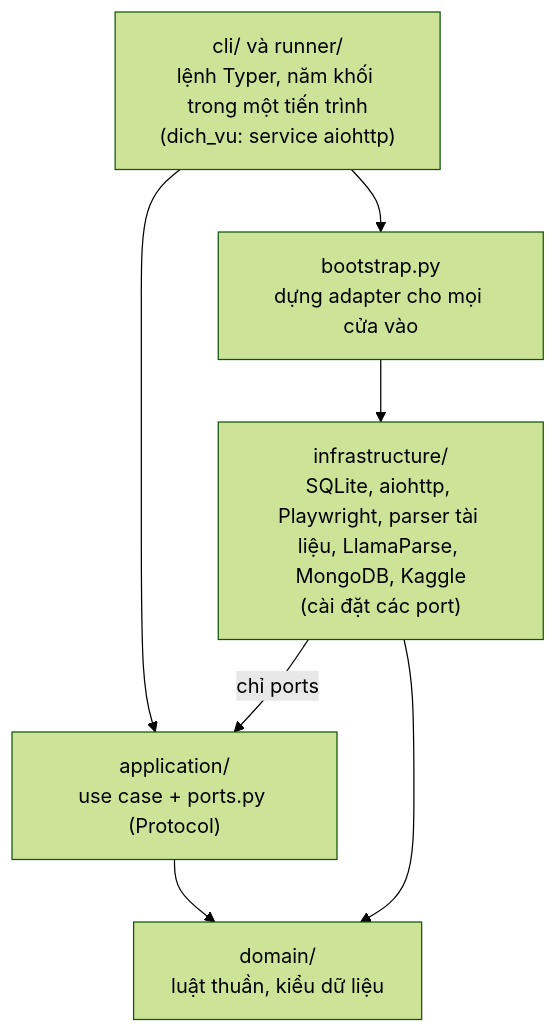
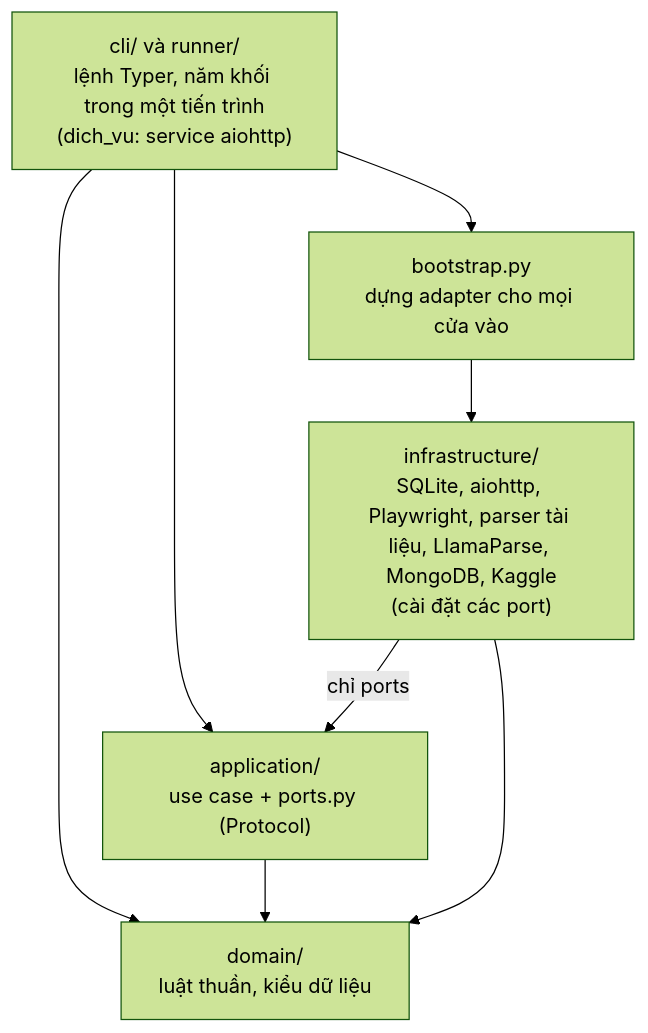
One commit to doanan293/WebCorpusPipeline changed the first of 3 diagrams in data_pipeline/docs/architecture.md. Above: the diagram before and after it, drawn with Mermaid (forest theme). The commit also changed other lines of this file and 5 other files, not shown here.

First line of the commit message:
docs(architecture): each block says what, why, how and with what; domain reads no files

````diff
--- a/data_pipeline/docs/architecture.md
+++ b/data_pipeline/docs/architecture.md
@@ -22,15 +104,16 @@
 ```mermaid
 flowchart TB
     PRES["cli/ và runner/<br/>lệnh Typer, năm khối trong một tiến trình<br/>(dich_vu: service aiohttp)"]
     BOOT["bootstrap.py<br/>dựng adapter cho mọi cửa vào"]
     INFRA["infrastructure/<br/>SQLite, aiohttp, Playwright, parser tài liệu, LlamaParse, MongoDB, Kaggle<br/>(cài đặt các port)"]
     APP["application/<br/>use case + ports.py (Protocol)"]
     DOM["domain/<br/>luật thuần, kiểu dữ liệu"]
 
     PRES --> BOOT
     PRES --> APP
+    PRES --> DOM
     BOOT --> INFRA
     INFRA -->|"chỉ ports"| APP
     APP --> DOM
     INFRA --> DOM
 ```
````
